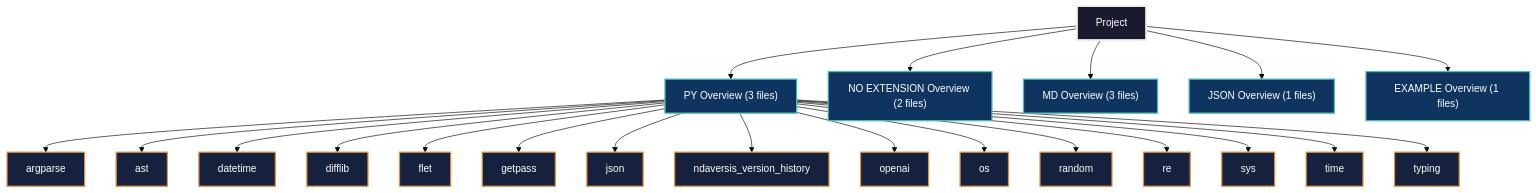
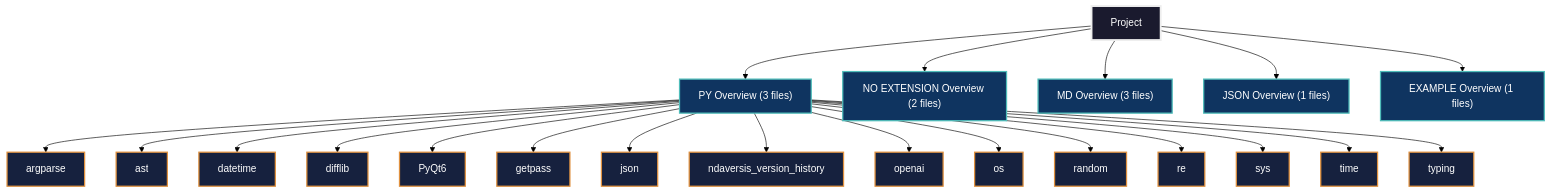
One commit to lystwork/ndaversis changed the fourth of 9 diagrams in ndaversis_readme.md. Above: the diagram before and after it, drawn with Mermaid (forest theme). The commit also changed other lines of this file and 3 other files, not shown here.

Commit message:
feat: Migrate the GUI framework from Flet to PyQt6 and update Dockerfile graphics dependencies.

````diff
--- a/ndaversis_readme.md
+++ b/ndaversis_readme.md
@@ -375,51 +375,51 @@
 ```mermaid
 graph TD
     Project --> lang_PY["PY Overview (3 files)"]
     lang_PY --> dep_argparse["argparse"]
     lang_PY --> dep_ast["ast"]
     lang_PY --> dep_datetime["datetime"]
     lang_PY --> dep_difflib["difflib"]
-    lang_PY --> dep_flet["flet"]
+    lang_PY --> dep_PyQt6["PyQt6"]
     lang_PY --> dep_getpass["getpass"]
     lang_PY --> dep_json["json"]
     lang_PY --> dep_ndaversis_version_history["ndaversis_version_history"]
     lang_PY --> dep_openai["openai"]
     lang_PY --> dep_os["os"]
     lang_PY --> dep_random["random"]
     lang_PY --> dep_re["re"]
     lang_PY --> dep_sys["sys"]
     lang_PY --> dep_time["time"]
     lang_PY --> dep_typing["typing"]
     Project --> lang_NO_EXTENSION["NO EXTENSION Overview (2 files)"]
     Project --> lang_MD["MD Overview (3 files)"]
     Project --> lang_JSON["JSON Overview (1 files)"]
     Project --> lang_EXAMPLE["EXAMPLE Overview (1 files)"]
 
 %% Dark mode styling
 classDef projectNode fill:#1a1a2e,stroke:#eee,stroke-width:3px,color:#fff
 classDef langNode fill:#0f3460,stroke:#4fbdba,stroke-width:2px,color:#fff
 classDef depNode fill:#16213e,stroke:#e0913f,stroke-width:2px,color:#fff
 classDef stdLibNode fill:#2d033b,stroke:#4caf50,stroke-width:2px,color:#fff
 
 class Project projectNode
 class lang_PY langNode
 class dep_argparse depNode
 class dep_ast depNode
 class dep_datetime depNode
 class dep_difflib depNode
-class dep_flet depNode
+class dep_PyQt6 depNode
 class dep_getpass depNode
 class dep_json depNode
 class dep_ndaversis_version_history depNode
 class dep_openai depNode
 class dep_os depNode
 class dep_random depNode
 class dep_re depNode
 class dep_sys depNode
 class dep_time depNode
 class dep_typing depNode
 class lang_NO_EXTENSION langNode
 class lang_MD langNode
 class lang_JSON langNode
 class lang_EXAMPLE langNode
 ```
````
